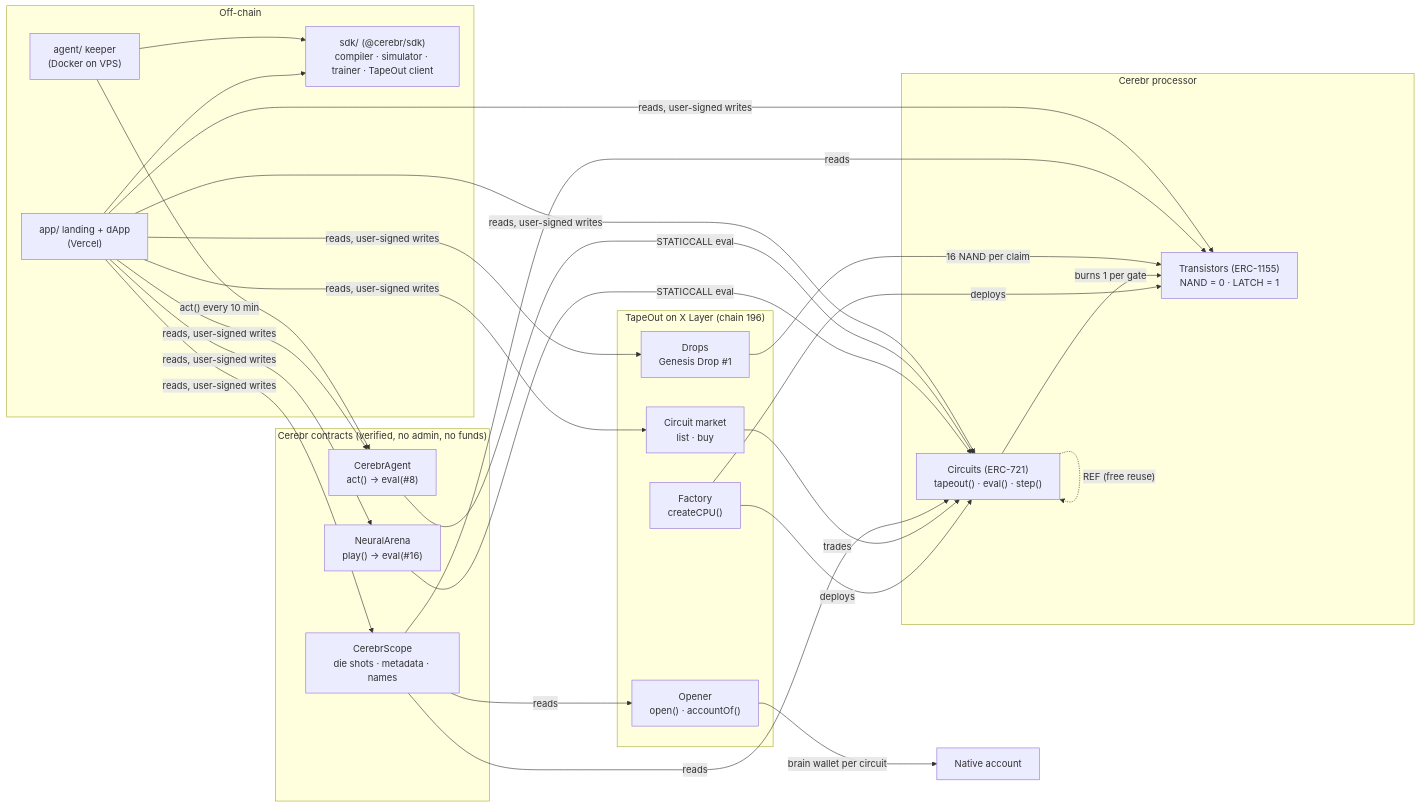
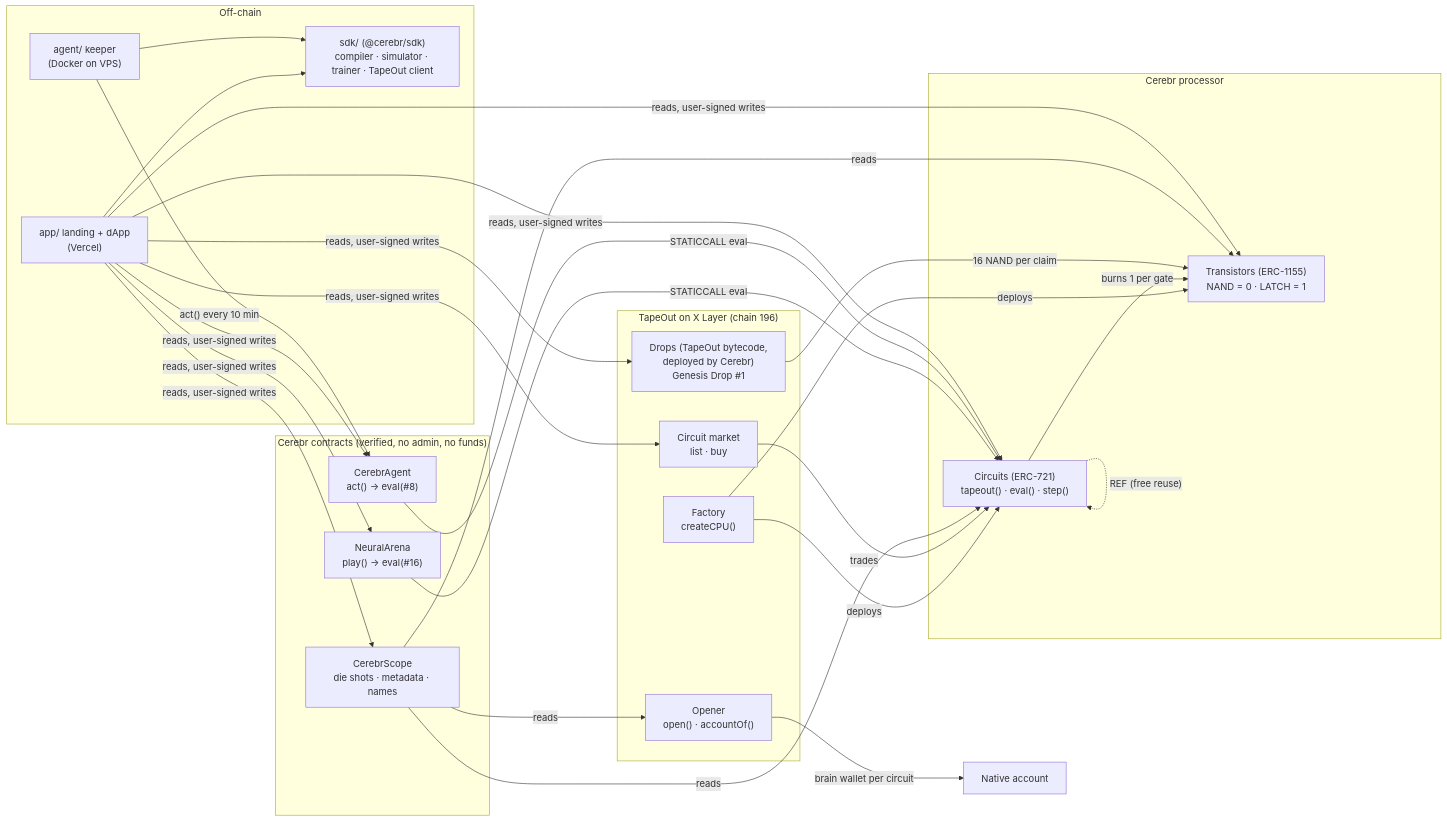
The third of 3 diagrams in README.md (NetLayerLabs/Cerebr), drawn with Mermaid before and after one commit. The commit also changed other lines of this file and 7 other files, not shown here.

First line of the commit message:
docs: correct every figure flagged by the final audit against the chain

````diff
--- a/README.md
+++ b/README.md
@@ -327,38 +330,38 @@
 ```mermaid
 flowchart LR
     subgraph TO ["TapeOut on X Layer (chain 196)"]
       F["Factory<br/>createCPU()"]
       OP["Opener<br/>open() · accountOf()"]
-      DR["Drops<br/>Genesis Drop #1"]
+      DR["Drops (TapeOut bytecode,<br/>deployed by Cerebr)<br/>Genesis Drop #1"]
       MK["Circuit market<br/>list · buy"]
     end
     subgraph CPU ["Cerebr processor"]
       T["Transistors (ERC-1155)<br/>NAND = 0 · LATCH = 1"]
       C["Circuits (ERC-721)<br/>tapeout() · eval() · step()"]
     end
     F -- "deploys" --> T & C
     C -- "burns 1 per gate" --> T
     C -. "REF (free reuse)" .-> C
     OP -- "brain wallet per circuit" --> ACC["Native account"]
     DR -- "16 NAND per claim" --> T
     MK -- "trades" --> C
 
     subgraph OURS ["Cerebr contracts (verified, no admin, no funds)"]
       S["CerebrScope<br/>die shots · metadata · names"]
       AR["NeuralArena<br/>play() → eval(#16)"]
       AG["CerebrAgent<br/>act() → eval(#8)"]
     end
     S -- "reads" --> C & T & OP
     AR -- "STATICCALL eval" --> C
     AG -- "STATICCALL eval" --> C
 
     subgraph OFF ["Off-chain"]
       SDK["sdk/ (@cerebr/sdk)<br/>compiler · simulator · trainer · TapeOut client"]
       APP["app/ landing + dApp<br/>(Vercel)"]
       KEEP["agent/ keeper<br/>(Docker on VPS)"]
     end
     APP --> SDK
     KEEP --> SDK
     APP -- "reads, user-signed writes" --> C & T & S & AR & AG & DR & MK
     KEEP -- "act() every 10 min" --> AG
 ```
````
